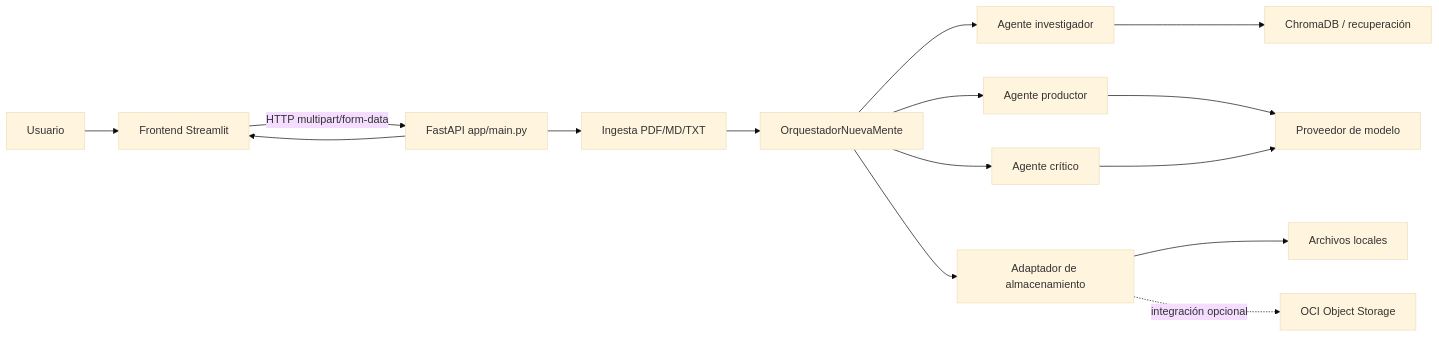
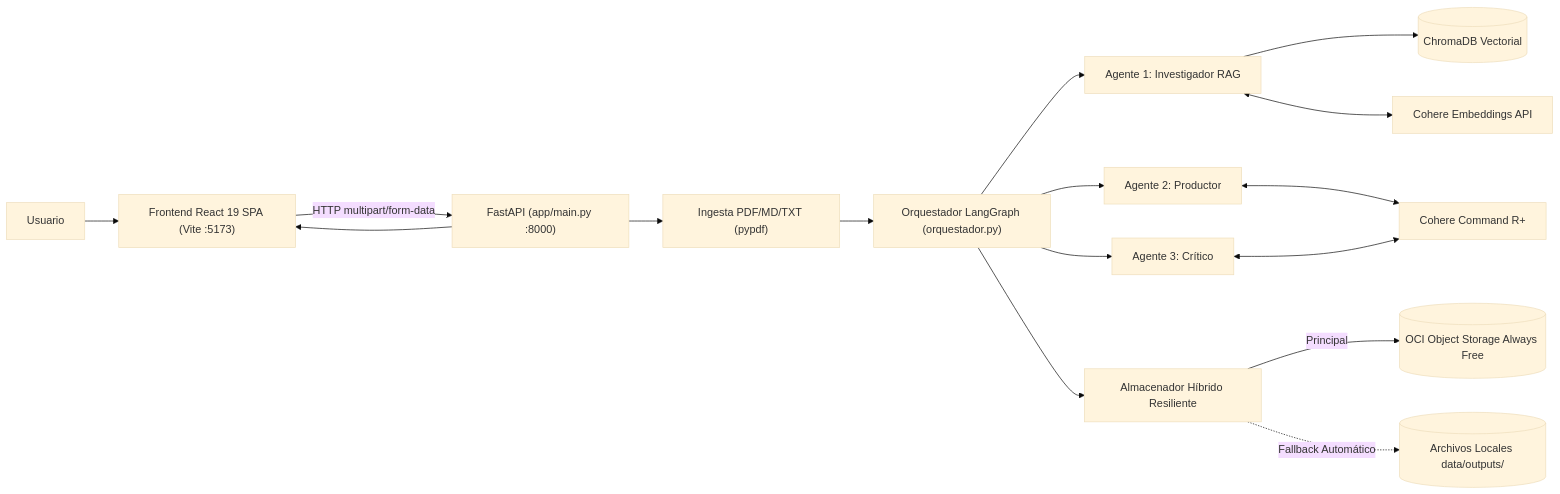
Before and after one commit to No-Country-simulation/G10-LATAM-equipo10NovaMind: the first of 2 diagrams in backend/docs/ARCHITECTURE.md, drawn with Mermaid (base theme). The commit also changed other lines of this file and 9 other files, not shown here.

````diff
--- a/backend/docs/ARCHITECTURE.md
+++ b/backend/docs/ARCHITECTURE.md
@@ -7,17 +7,18 @@
 ```mermaid
 flowchart LR
-  U[Usuario] --> UI[Frontend Streamlit]
-  UI -->|HTTP multipart/form-data| API[FastAPI app/main.py]
-  API --> ING[Ingesta PDF/MD/TXT]
-  ING --> ORQ[OrquestadorNuevaMente]
-  ORQ --> INV[Agente investigador]
-  INV --> CH[ChromaDB / recuperación]
-  ORQ --> PROD[Agente productor]
-  PROD --> LLM[Proveedor de modelo]
-  ORQ --> CRIT[Agente crítico]
-  CRIT --> LLM
-  ORQ --> STORE[Adaptador de almacenamiento]
-  STORE --> LOCAL[Archivos locales]
-  STORE -. integración opcional .-> OCI[OCI Object Storage]
+  U[Usuario] --> UI["Frontend React 19 SPA (Vite :5173)"]
+  UI -->|HTTP multipart/form-data| API["FastAPI (app/main.py :8000)"]
+  API --> ING["Ingesta PDF/MD/TXT (pypdf)"]
+  ING --> ORQ["Orquestador LangGraph (orquestador.py)"]
+  ORQ --> INV["Agente 1: Investigador RAG"]
+  INV --> CH[("ChromaDB Vectorial")]
+  INV <--> COH_EMB["Cohere Embeddings API"]
+  ORQ --> PROD["Agente 2: Productor"]
+  PROD <--> COH_LLM["Cohere Command R+"]
+  ORQ --> CRIT["Agente 3: Crítico"]
+  CRIT <--> COH_LLM
+  ORQ --> STORE["Almacenador Híbrido Resiliente"]
+  STORE -->|Principal| OCI[("OCI Object Storage Always Free")]
+  STORE -.->|Fallback Automático| LOCAL[("Archivos Locales data/outputs/")]
   API --> UI
 ```
````
